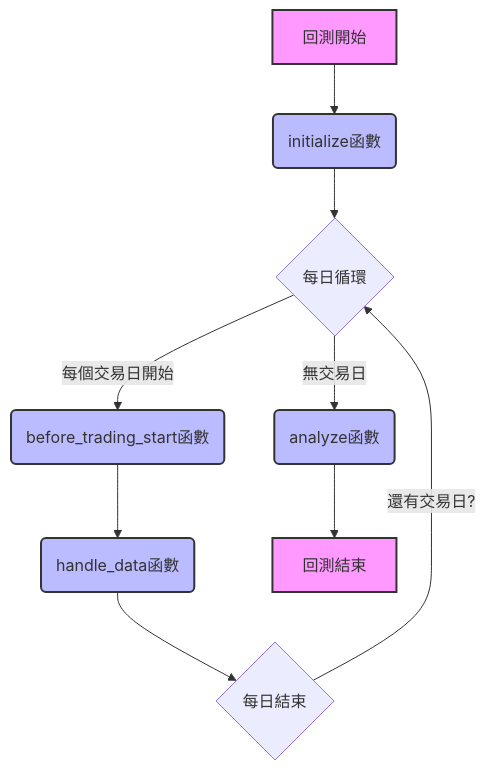
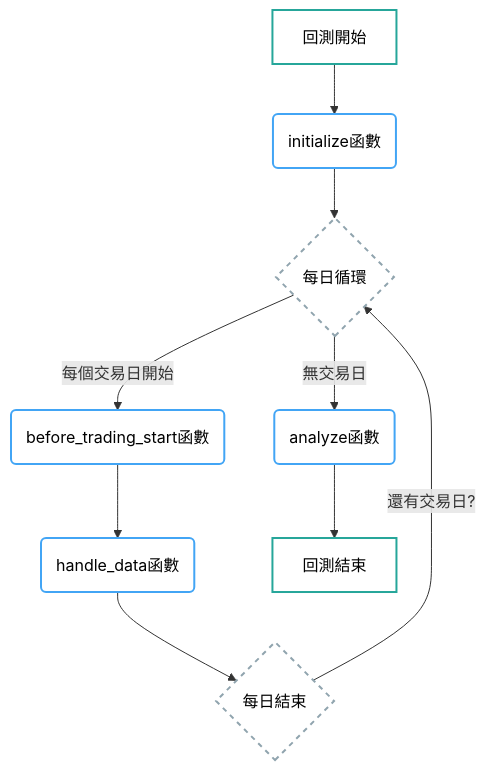
The diagram in docs/zh-TW/concepts/zipline-engine.md (tejtw/TQuant-manual), drawn with Mermaid before and after one commit. The commit also changed other lines of this file and 20 other files, not shown here.

````diff
--- a/docs/zh-TW/concepts/zipline-engine.md
+++ b/docs/zh-TW/concepts/zipline-engine.md
@@ -25,18 +25,26 @@
 ```mermaid
 graph TD
     Start[回測開始] --> Initialize(initialize函數); 
     Initialize --> LoopDay{每日循環}; 
     LoopDay -- 每個交易日開始 --> BeforeTradingStart(before_trading_start函數); 
     BeforeTradingStart --> HandleData(handle_data函數); 
     HandleData --> EndDay{每日結束}; 
     EndDay -- 還有交易日? --> LoopDay; 
     LoopDay -- 無交易日 --> Analyze(analyze函數); 
     Analyze --> End[回測結束];
 
-    style Start fill:#f9f,stroke:#333,stroke-width:2px
-    style End fill:#f9f,stroke:#333,stroke-width:2px
-    style Initialize fill:#bbf,stroke:#333,stroke-width:2px
-    style BeforeTradingStart fill:#bbf,stroke:#333,stroke-width:2px
-    style HandleData fill:#bbf,stroke:#333,stroke-width:2px
-    style Analyze fill:#bbf,stroke:#333,stroke-width:2px
+    %% --- 樣式定義區 (改為邊框風格) ---
+    %% 開始與結束節點 (使用較亮的青色邊框，增加深色模式對比度)
+    style Start fill:none,stroke:#26a69a,stroke-width:2px,color:inherit
+    style End fill:none,stroke:#26a69a,stroke-width:2px,color:inherit
+    
+    %% 核心函數節點 (使用較亮的藍色邊框)
+    style Initialize fill:none,stroke:#42a5f5,stroke-width:2px,color:inherit
+    style BeforeTradingStart fill:none,stroke:#42a5f5,stroke-width:2px,color:inherit
+    style HandleData fill:none,stroke:#42a5f5,stroke-width:2px,color:inherit
+    style Analyze fill:none,stroke:#42a5f5,stroke-width:2px,color:inherit
+
+    %% 決策節點 (維持預設，或加上一個中性灰邊框)
+    style LoopDay fill:none,stroke:#90a4ae,stroke-width:2px,stroke-dasharray: 5 5,color:inherit
+    style EndDay fill:none,stroke:#90a4ae,stroke-width:2px,stroke-dasharray: 5 5,color:inherit
 ```
````
